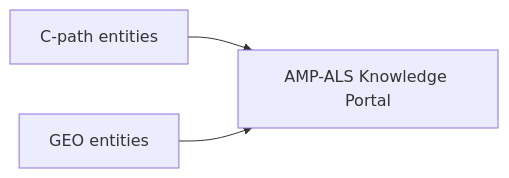
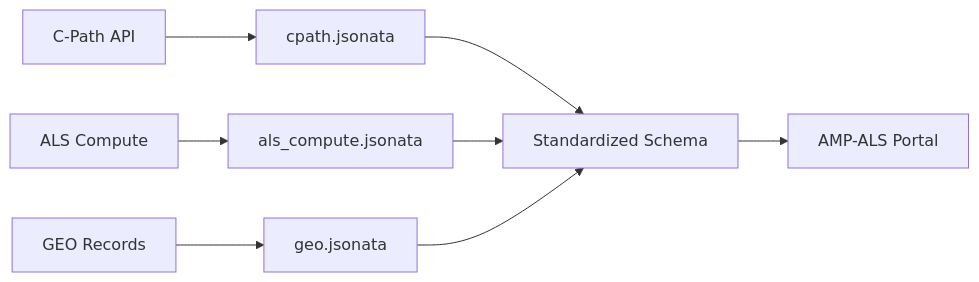
The second of 2 diagrams in README.md (amp-als/data-model), drawn with Mermaid before and after one commit. The commit also changed other lines of this file and 21 other files, not shown here.

First line of the commit message:
feat(schema): Global Subject ID + extensive ALS data model expansion

````diff
--- a/README.md
+++ b/README.md
@@ -60,7 +200,12 @@
 ```mermaid
 graph LR
-
-    CPATH["C-path entities"] --> ALS["AMP-ALS Knowledge Portal"]
-    GEO["GEO entities"] --> ALS
-
+    CPATH["C-Path API"] --> CMAP["cpath.jsonata"]
+    ALSCOMP["ALS Compute"] --> AMAP["als_compute.jsonata"]
+    GEO["GEO Records"] --> GMAP["geo.jsonata"]
+    
+    CMAP --> SCHEMA["Standardized Schema"]
+    AMAP --> SCHEMA
+    GMAP --> SCHEMA
+    
+    SCHEMA --> PORTAL["AMP-ALS Portal"]
 ```
````
